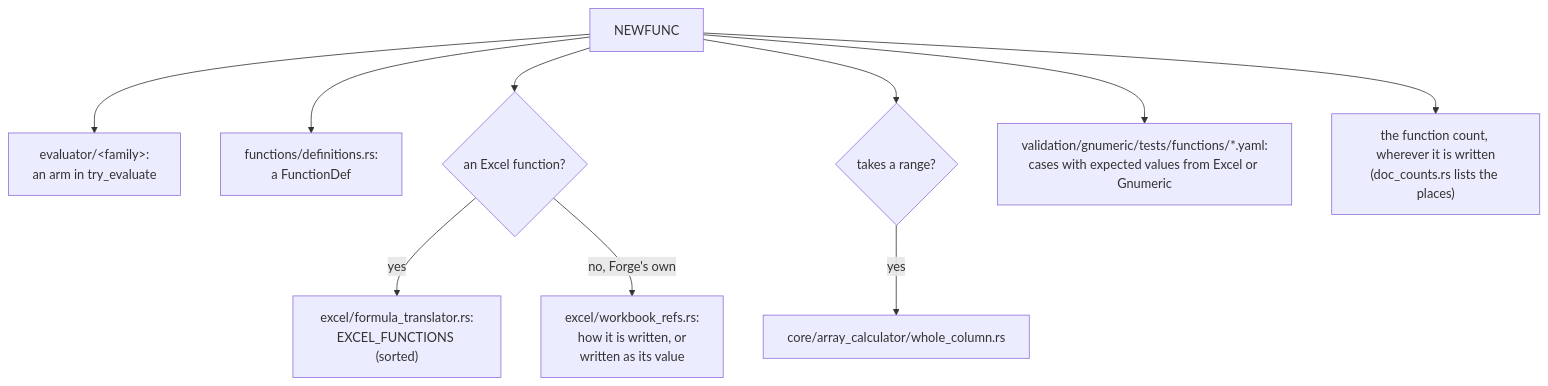
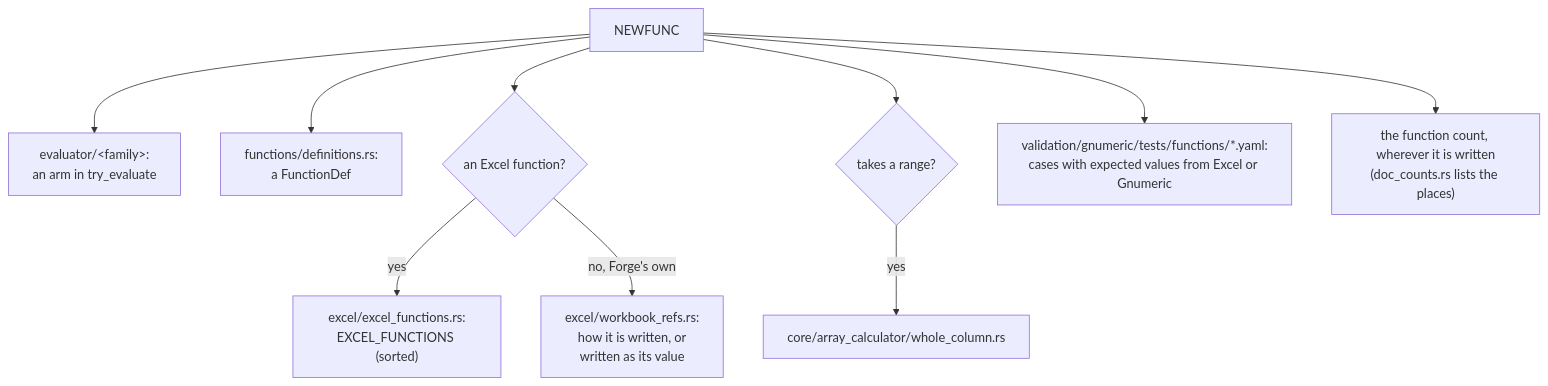
The second of 3 diagrams in docs/architecture/10-EXTENDING-FORGE.md (mollendorff-ai/forge), drawn with Mermaid before and after one commit. The commit also changed other lines of this file and 10 other files, not shown here.

First line of the commit message:
Remove FormulaTranslator; the Excel function names are excel_functions.rs

````diff
--- a/docs/architecture/10-EXTENDING-FORGE.md
+++ b/docs/architecture/10-EXTENDING-FORGE.md
@@ -24,12 +24,12 @@
 ```mermaid
 flowchart TB
     f["NEWFUNC"] --> eval["evaluator/&lt;family&gt;:<br/>an arm in try_evaluate"]
     f --> reg["functions/definitions.rs:<br/>a FunctionDef"]
     f --> xl{"an Excel function?"}
-    xl -- yes --> trans["excel/formula_translator.rs:<br/>EXCEL_FUNCTIONS (sorted)"]
+    xl -- yes --> trans["excel/excel_functions.rs:<br/>EXCEL_FUNCTIONS (sorted)"]
     xl -- "no, Forge's own" --> own["excel/workbook_refs.rs:<br/>how it is written, or<br/>written as its value"]
     f --> rng{"takes a range?"}
     rng -- yes --> whole["core/array_calculator/whole_column.rs"]
     f --> gn["validation/gnumeric/tests/functions/*.yaml:<br/>cases with expected values from Excel or Gnumeric"]
     f --> counts["the function count, wherever it is written<br/>(doc_counts.rs lists the places)"]
 ```
````
